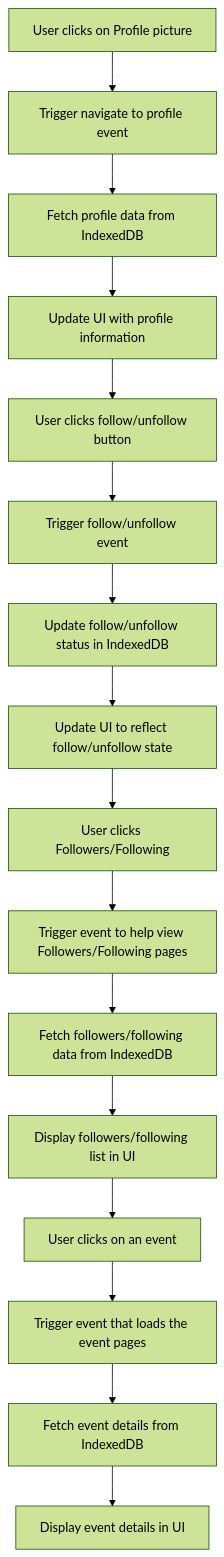
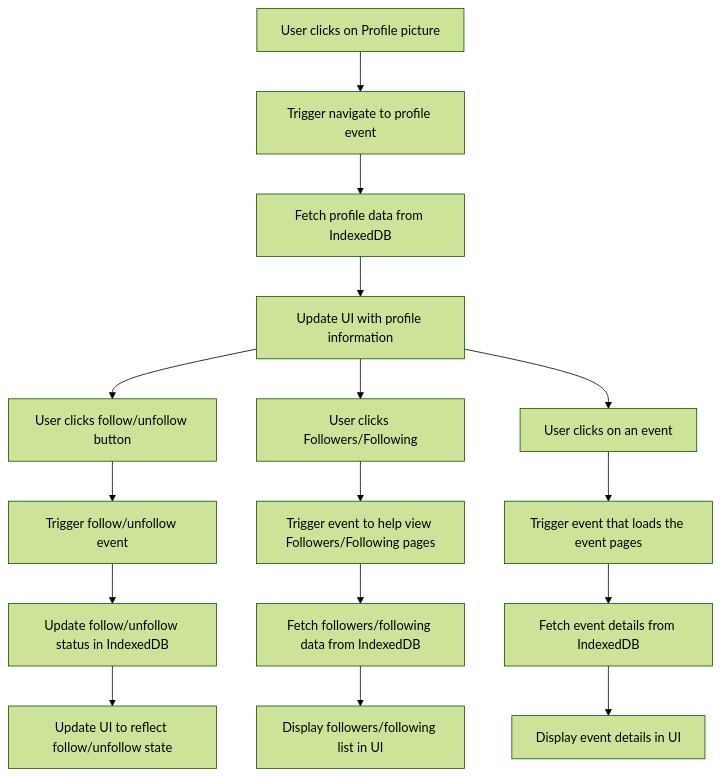
The diagram in team/m3/erika-lam-f/feature-sequence-diagram.md (sophiatangg/CS326Team26), drawn with Mermaid (forest theme) before and after one commit.

Commit message:
Update feature-sequence-diagram.md
fixed mermaid diagram

````diff
--- a/team/m3/erika-lam-f/feature-sequence-diagram.md
+++ b/team/m3/erika-lam-f/feature-sequence-diagram.md
@@ -3,21 +3,21 @@
 ```mermaid
 flowchart TD
     A[User clicks on Profile picture] --> B[Trigger navigate to profile event];
     B --> C[Fetch profile data from IndexedDB];
     C --> D[Update UI with profile information];
 
     D --> E[User clicks follow/unfollow button];
     E --> F[Trigger follow/unfollow event];
     F --> G[Update follow/unfollow status in IndexedDB];
     G --> H[Update UI to reflect follow/unfollow state];
 
-    H --> I[User clicks Followers/Following];
+    D --> I[User clicks Followers/Following];
     I --> J[Trigger event to help view Followers/Following pages];
     J --> K[Fetch followers/following data from IndexedDB];
     K --> L[Display followers/following list in UI];
 
-    L --> M[User clicks on an event];
+    D --> M[User clicks on an event];
     M --> N[Trigger event that loads the event pages];
     N --> O[Fetch event details from IndexedDB];
     O --> P[Display event details in UI];
 ```
````
